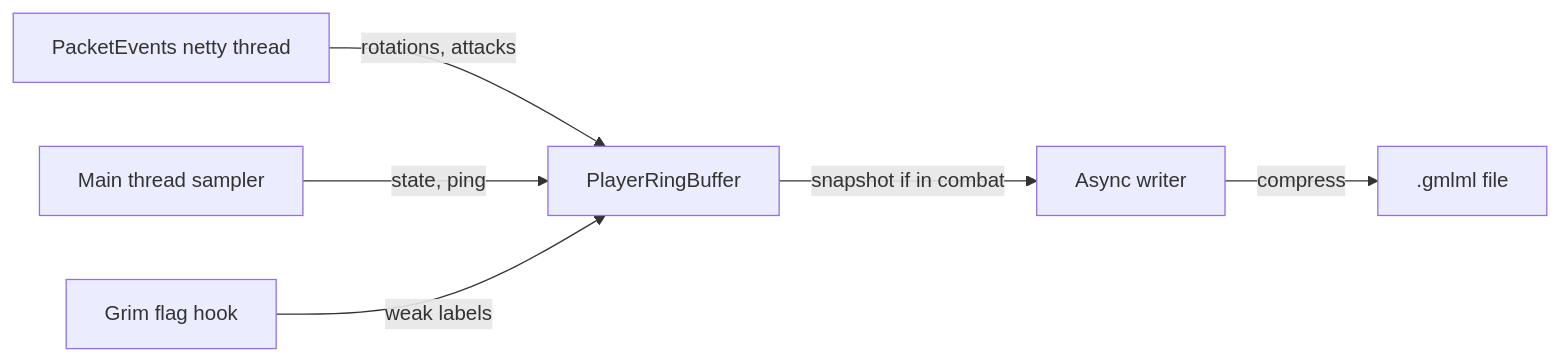
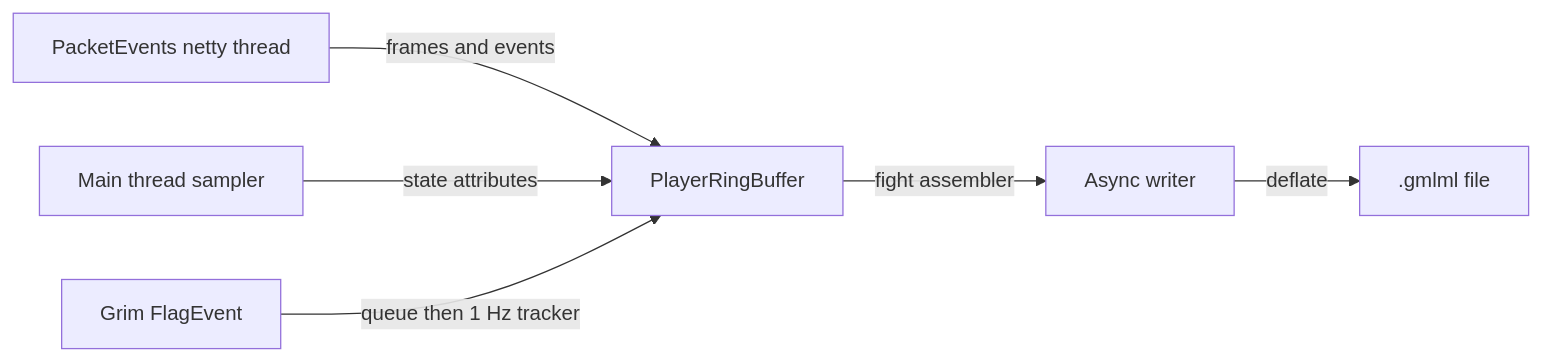
The diagram in README.md (vanillaxtra/grimml), drawn with Mermaid before and after one commit. The commit also changed other lines of this file and 1 other file, not shown here.

````diff
--- a/README.md
+++ b/README.md
@@ -90,8 +92,8 @@
 ```mermaid
 flowchart LR
-    A[PacketEvents netty thread] -->|rotations, attacks| B[PlayerRingBuffer]
-    C[Main thread sampler] -->|state, ping| B
-    D[Grim flag hook] -->|weak labels| B
-    B -->|snapshot if in combat| E[Async writer]
-    E -->|compress| F[.gmlml file]
+    A[PacketEvents netty thread] -->|frames and events| B[PlayerRingBuffer]
+    C[Main thread sampler] -->|state attributes| B
+    D[Grim FlagEvent] -->|queue then 1 Hz tracker| B
+    B -->|fight assembler| E[Async writer]
+    E -->|deflate| F[.gmlml file]
 ```
````
